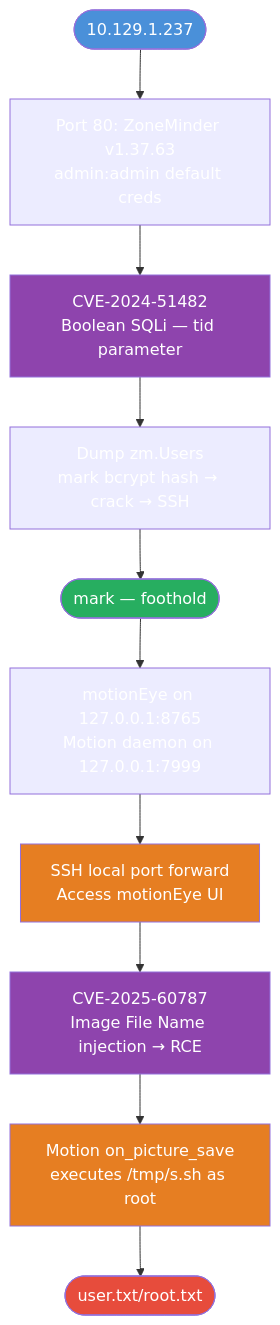
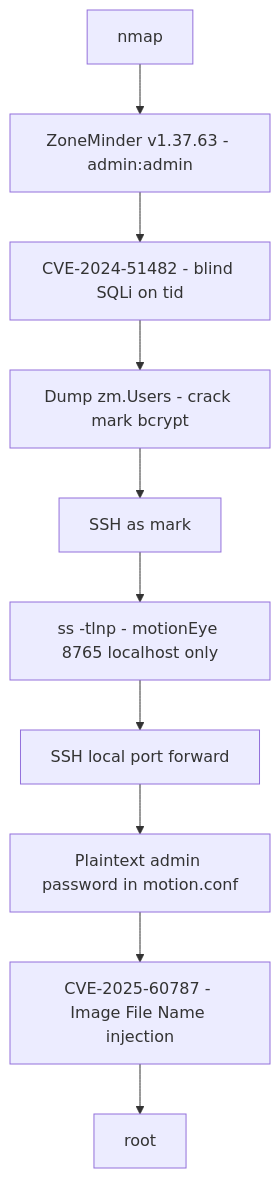
The diagram in easy/cctv/readme.md (Certifa/htb-writeups), drawn with Mermaid before and after one commit. The commit also changed other lines of this file and 8 other files, not shown here.

````diff
--- a/easy/cctv/readme.md
+++ b/easy/cctv/readme.md
@@ -17,18 +31,12 @@
 ```mermaid
-flowchart TD
-    A([10.129.1.237]):::start --> B[Port 80: ZoneMinder v1.37.63\nadmin:admin default creds]
-    B --> C[CVE-2024-51482\nBoolean SQLi — tid parameter]:::key
-    C --> D[Dump zm.Users\nmark bcrypt hash → crack → SSH]
-    D --> E([mark — foothold]):::user
-    E --> F[motionEye on 127.0.0.1:8765\nMotion daemon on 127.0.0.1:7999]
-    F --> G[SSH local port forward\nAccess motionEye UI]:::pivot
-    G --> H[CVE-2025-60787\nImage File Name injection → RCE]:::key
-    H --> I[Motion on_picture_save\nexecutes /tmp/s.sh as root]:::pivot
-    I --> J([user.txt/root.txt]):::root
-
-    classDef start fill:#4A90D9,color:#fff
-    classDef user fill:#27AE60,color:#fff
-    classDef root fill:#E74C3C,color:#fff
-    classDef key fill:#8E44AD,color:#fff
-    classDef pivot fill:#E67E22,color:#fff
+graph TD
+    A[nmap] --> B[ZoneMinder v1.37.63 - admin:admin]
+    B --> C[CVE-2024-51482 - blind SQLi on tid]
+    C --> D[Dump zm.Users - crack mark bcrypt]
+    D --> E[SSH as mark]
+    E --> F[ss -tlnp - motionEye 8765 localhost only]
+    F --> G[SSH local port forward]
+    G --> H[Plaintext admin password in motion.conf]
+    H --> I[CVE-2025-60787 - Image File Name injection]
+    I --> J[root]
 ```
````
